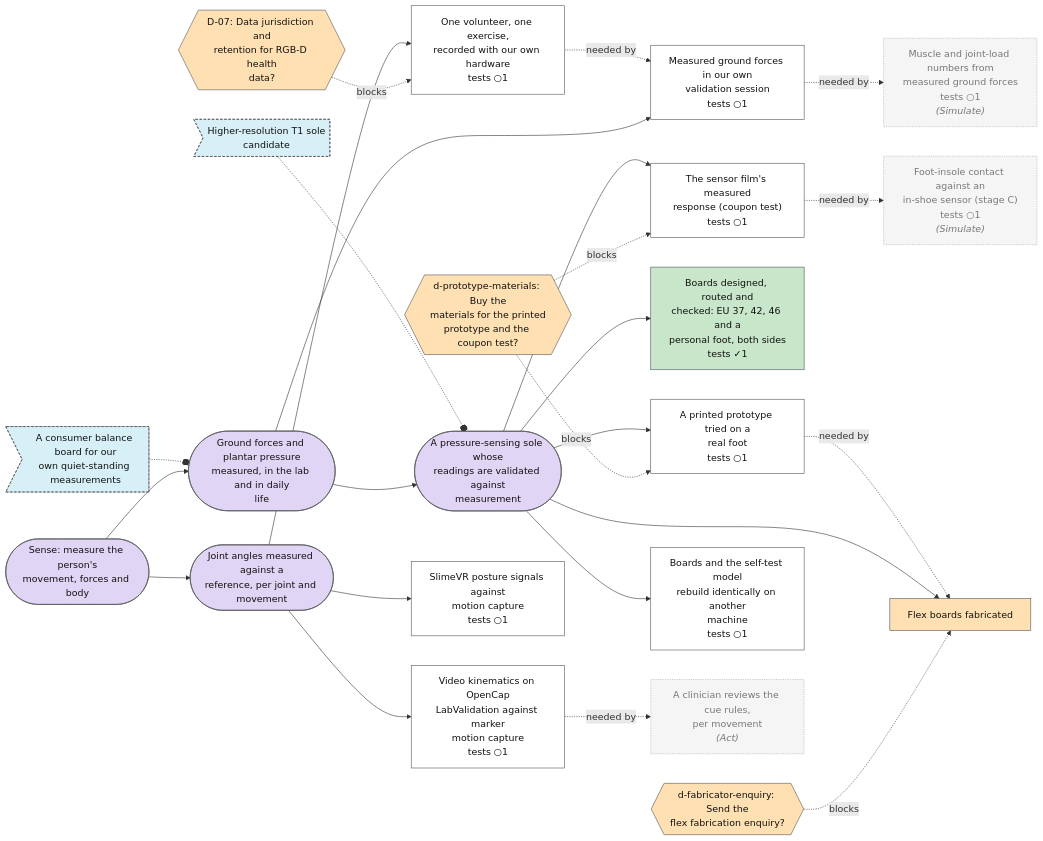
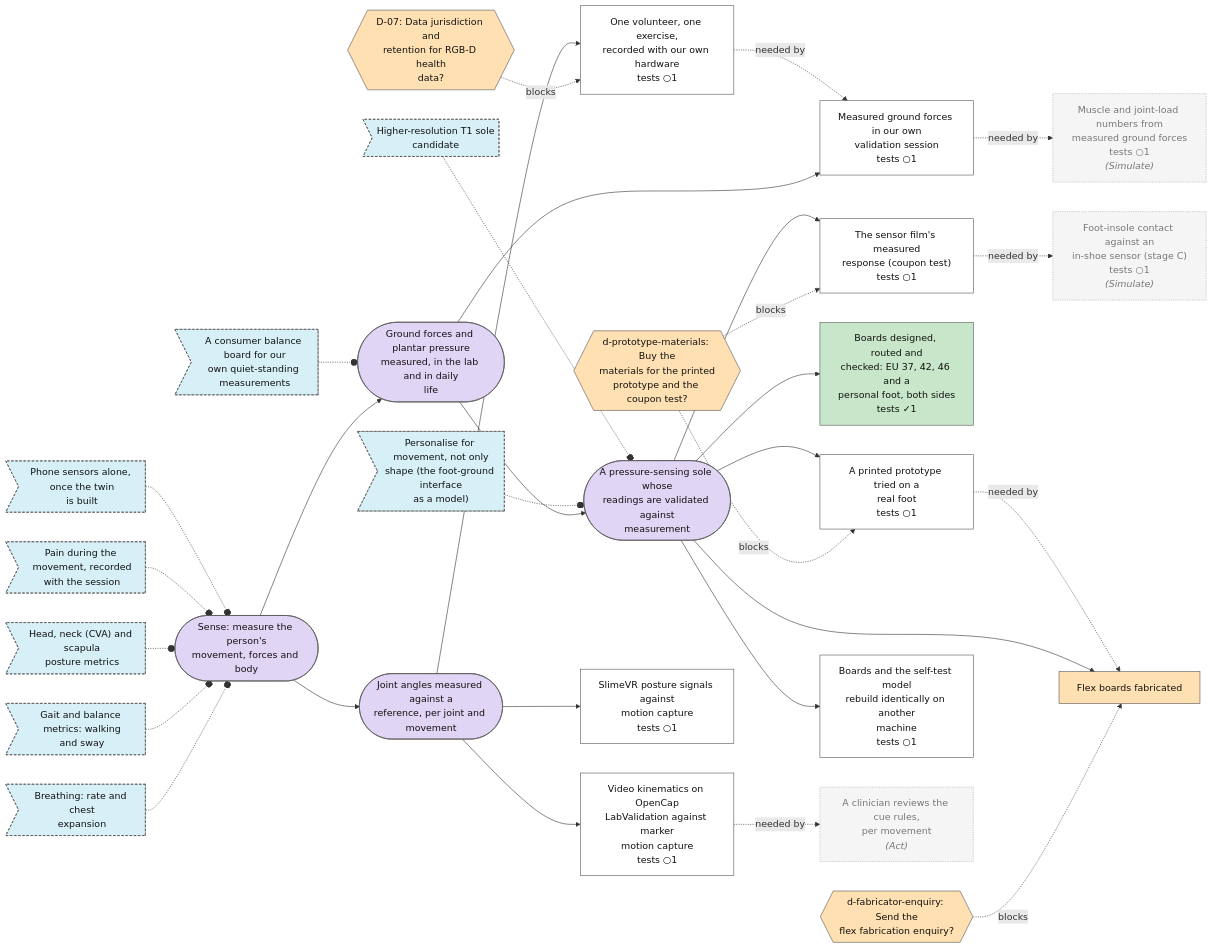
One commit to Sigurius23/Rehab-agent changed the second of 7 diagrams in plan/MAP.md. Above: the diagram before and after it, drawn with Mermaid. The commit also changed other lines of this file and 33 other files, not shown here.

````diff
--- a/plan/MAP.md
+++ b/plan/MAP.md
@@ -47,66 +47,78 @@
 ```mermaid
 flowchart LR
   n0{{"D-07: Data jurisdiction and<br/>retention for RGB-D health<br/>data?"}}:::decision_open
   n1{{"d-fabricator-enquiry: Send the<br/>flex fabrication enquiry?"}}:::decision_open
   n2{{"d-prototype-materials: Buy the<br/>materials for the printed<br/>prototype and the coupon test?"}}:::decision_open
   n3["Measured ground forces in our own<br/>validation session<br/>tests ○1"]:::step_open
   n4(["Ground forces and plantar pressure<br/>measured, in the lab and in daily<br/>life"]):::goal_open
   n5(["Joint angles measured against a<br/>reference, per joint and movement"]):::goal_open
   n6(["A pressure-sensing sole whose<br/>readings are validated against<br/>measurement"]):::goal_open
   n7>"A consumer balance board for our<br/>own quiet-standing measurements"]:::idea_new
-  n8>"Higher-resolution T1 sole<br/>candidate"]:::idea_new
-  n9["Video kinematics on OpenCap<br/>LabValidation against marker<br/>motion capture<br/>tests ○1"]:::step_open
-  n10["One volunteer, one exercise,<br/>recorded with our own hardware<br/>tests ○1"]:::step_open
-  n11(["Sense: measure the person's<br/>movement, forces and body"]):::goal_open
-  n12["Boards designed, routed and<br/>checked: EU 37, 42, 46 and a<br/>personal foot, both sides<br/>tests ✓1"]:::step_done
-  n13["The sensor film's measured<br/>response (coupon test)<br/>tests ○1"]:::step_open
-  n14["Flex boards fabricated"]:::step_blocked
-  n15["A printed prototype tried on a<br/>real foot<br/>tests ○1"]:::step_open
-  n16["Boards and the self-test model<br/>rebuild identically on another<br/>machine<br/>tests ○1"]:::step_open
-  n17["SlimeVR posture signals against<br/>motion capture<br/>tests ○1"]:::step_open
-  n18["A clinician reviews the cue rules,<br/>per movement<br/><i>(Act)</i>"]:::external
-  n19["Muscle and joint-load numbers from<br/>measured ground forces<br/>tests ○1<br/><i>(Simulate)</i>"]:::external
-  n20["Foot-insole contact against an<br/>in-shoe sensor (stage C)<br/>tests ○1<br/><i>(Simulate)</i>"]:::external
-  n0 -. blocks .-> n10
-  n1 -. blocks .-> n14
-  n2 -. blocks .-> n15
-  n2 -. blocks .-> n13
+  n8>"Breathing: rate and chest<br/>expansion"]:::idea_new
+  n9>"Gait and balance metrics: walking<br/>and sway"]:::idea_new
+  n10>"Head, neck (CVA) and scapula<br/>posture metrics"]:::idea_new
+  n11>"Personalise for movement, not only<br/>shape (the foot-ground interface<br/>as a model)"]:::idea_new
+  n12>"Pain during the movement, recorded<br/>with the session"]:::idea_new
+  n13>"Phone sensors alone, once the twin<br/>is built"]:::idea_new
+  n14>"Higher-resolution T1 sole<br/>candidate"]:::idea_new
+  n15["Video kinematics on OpenCap<br/>LabValidation against marker<br/>motion capture<br/>tests ○1"]:::step_open
+  n16["One volunteer, one exercise,<br/>recorded with our own hardware<br/>tests ○1"]:::step_open
+  n17(["Sense: measure the person's<br/>movement, forces and body"]):::goal_open
+  n18["Boards designed, routed and<br/>checked: EU 37, 42, 46 and a<br/>personal foot, both sides<br/>tests ✓1"]:::step_done
+  n19["The sensor film's measured<br/>response (coupon test)<br/>tests ○1"]:::step_open
+  n20["Flex boards fabricated"]:::step_blocked
+  n21["A printed prototype tried on a<br/>real foot<br/>tests ○1"]:::step_open
+  n22["Boards and the self-test model<br/>rebuild identically on another<br/>machine<br/>tests ○1"]:::step_open
+  n23["SlimeVR posture signals against<br/>motion capture<br/>tests ○1"]:::step_open
+  n24["A clinician reviews the cue rules,<br/>per movement<br/><i>(Act)</i>"]:::external
+  n25["Muscle and joint-load numbers from<br/>measured ground forces<br/>tests ○1<br/><i>(Simulate)</i>"]:::external
+  n26["Foot-insole contact against an<br/>in-shoe sensor (stage C)<br/>tests ○1<br/><i>(Simulate)</i>"]:::external
+  n0 -. blocks .-> n16
+  n1 -. blocks .-> n20
+  n2 -. blocks .-> n21
+  n2 -. blocks .-> n19
   n4 --> n3
-  n10 -. needed by .-> n3
-  n11 --> n4
-  n11 --> n5
+  n16 -. needed by .-> n3
+  n17 --> n4
+  n17 --> n5
   n4 --> n6
   n7 -.-o n4
-  n8 -.-o n6
-  n5 --> n9
-  n5 --> n10
-  n6 --> n12
-  n6 --> n13
-  n6 --> n14
-  n15 -. needed by .-> n14
-  n6 --> n15
-  n6 --> n16
-  n5 --> n17
-  n9 -. needed by .-> n18
-  n3 -. needed by .-> n19
-  n13 -. needed by .-> n20
+  n8 -.-o n17
+  n9 -.-o n17
+  n10 -.-o n17
+  n11 -.-o n6
+  n12 -.-o n17
+  n13 -.-o n17
+  n14 -.-o n6
+  n5 --> n15
+  n5 --> n16
+  n6 --> n18
+  n6 --> n19
+  n6 --> n20
+  n21 -. needed by .-> n20
+  n6 --> n21
+  n6 --> n22
+  n5 --> n23
+  n15 -. needed by .-> n24
+  n3 -. needed by .-> n25
+  n19 -. needed by .-> n26
   classDef goal_open fill:#e1d5f5,stroke:#555,color:#111
   classDef goal_done fill:#c8e6c9,stroke:#555,color:#111
   classDef step_open fill:#ffffff,stroke:#555,color:#111
   classDef step_doing fill:#fff3c4,stroke:#555,color:#111
   classDef step_done fill:#c8e6c9,stroke:#555,color:#111
   classDef step_blocked fill:#ffe0b2,stroke:#555,color:#111
   classDef step_dropped fill:#eeeeee,stroke:#555,color:#111
   classDef test_planned fill:#ffffff,stroke:#555,color:#111
   classDef test_running fill:#fff3c4,stroke:#555,color:#111
   classDef test_passed fill:#c8e6c9,stroke:#555,color:#111
   classDef test_failed fill:#ffcdd2,stroke:#555,color:#111
   classDef test_mixed fill:#fff3c4,stroke:#555,color:#111
   classDef test_dropped fill:#eeeeee,stroke:#555,color:#111
   classDef idea_new fill:#d7f0f7,stroke:#555,color:#111,stroke-dasharray: 4 3
   classDef idea_promoted fill:#eeeeee,stroke:#555,color:#111,stroke-dasharray: 4 3
   classDef idea_dropped fill:#eeeeee,stroke:#555,color:#111,stroke-dasharray: 4 3
   classDef decision_open fill:#ffe0b2,stroke:#555,color:#111
   classDef decision_decided fill:#ffe0b2,stroke:#555,color:#111
   classDef external fill:#f5f5f5,stroke:#aaa,color:#777,stroke-dasharray: 2 2
 ```
````
